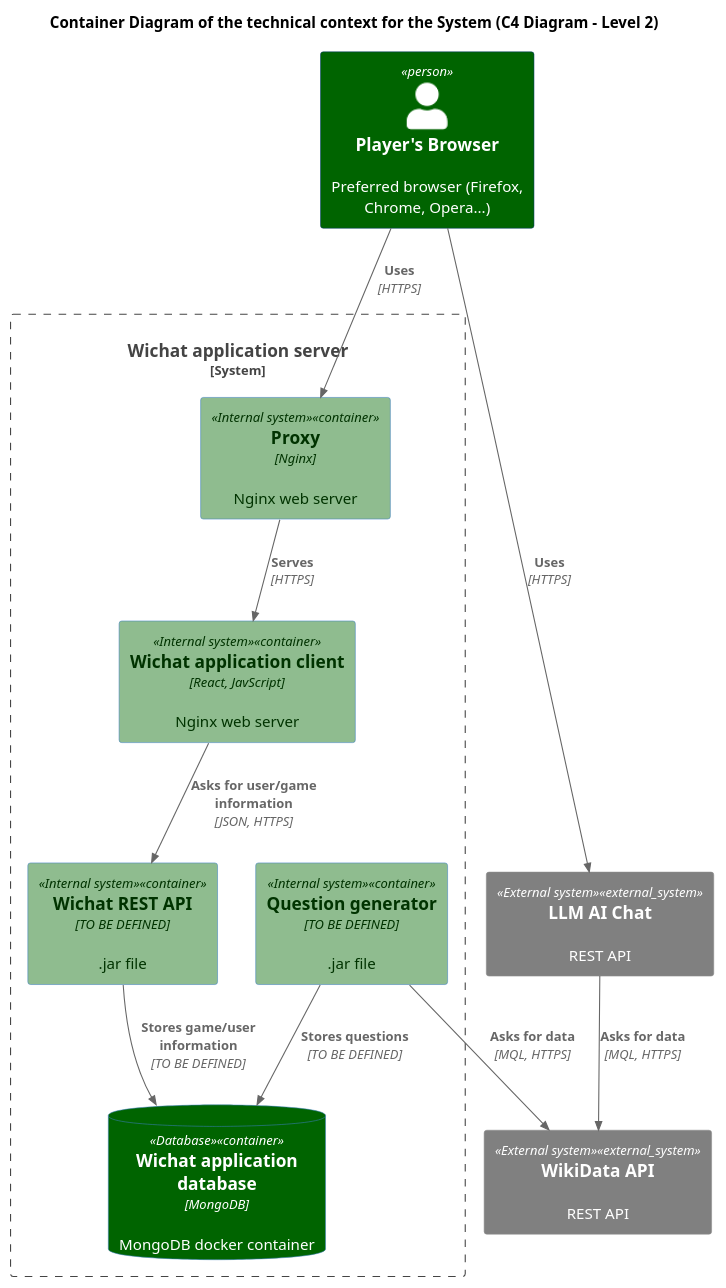
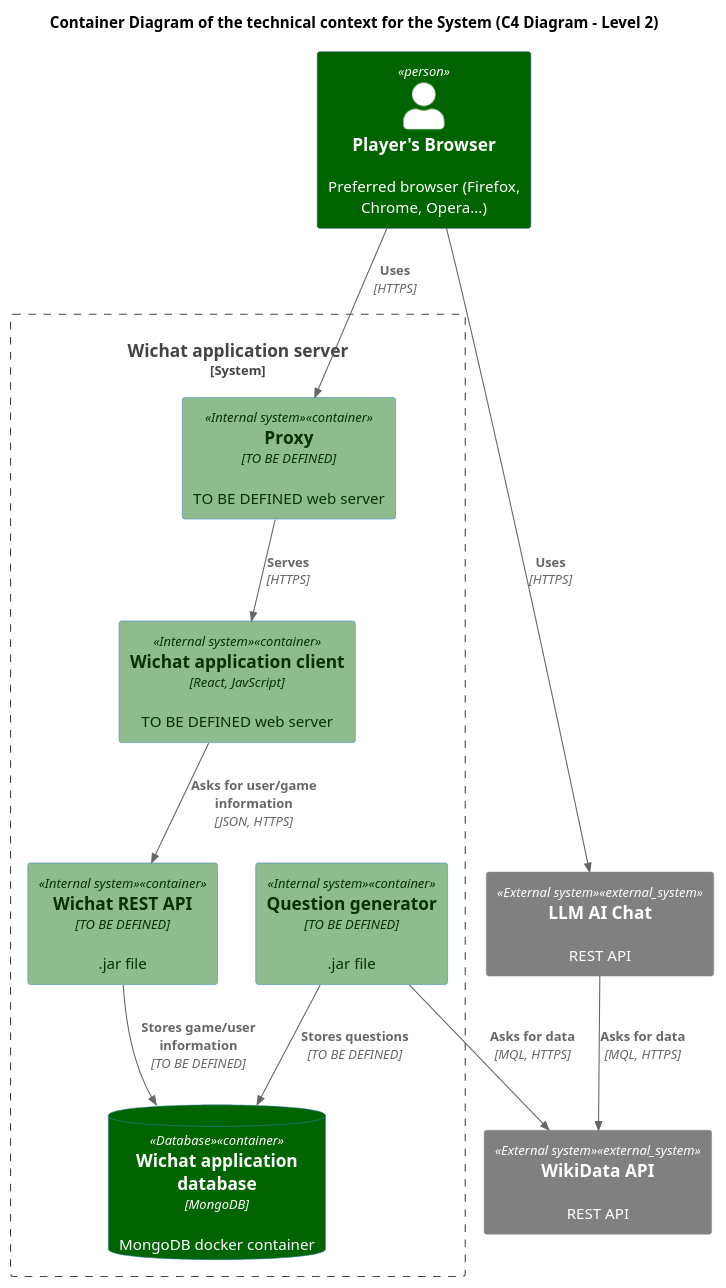
Before and after one commit to Arquisoft/wichat_en1a: the diagram in docs/src/diagrams/C4_technical_context_diagram.puml, drawn with PlantUML. The commit also changed 2 other files, not shown here.

Commit message:
Modyfing the context and scope section. Fixes applied to the first diagram (it was showing an error) and modified some text in the second diagram.

```diff
--- a/docs/src/diagrams/C4_technical_context_diagram.puml
+++ b/docs/src/diagrams/C4_technical_context_diagram.puml
@@ -1,33 +1,33 @@
 @startuml C4_Technical_Context_Diagram
 !includeurl https://raw.githubusercontent.com/RicardoNiepel/C4-PlantUML/master/C4_Container.puml
 !include <c4/C4_Context.puml>
 
 title Container Diagram of the technical context for the System (C4 Diagram - Level 2)
 AddElementTag("Person", $bgColor="#darkgreen", $fontColor="#white")
 AddElementTag("Internal system", $bgColor="#darkseagreen", $fontColor="#003300")
 AddElementTag("External system", $bgColor="#gray", $fontColor="#white")
 AddElementTag("Database", $bgColor="#darkgreen", $fontColor="#white")
 
 'Containers
 Person(player, Player's Browser, "Preferred browser (Firefox, Chrome, Opera...)")
 
 System_Boundary(wichat, "Wichat application server"){
-    Container(proxy, "Proxy", "Nginx", "Nginx web server", $tags="Internal system")
-    Container(web_app, "Wichat application client", "React, JavScript", "Nginx web server", $tags="Internal system")
+    Container(proxy, "Proxy", "TO BE DEFINED", "TO BE DEFINED web server", $tags="Internal system")
+    Container(web_app, "Wichat application client", "React, JavScript", "TO BE DEFINED web server", $tags="Internal system")
     Container(backend_api, "Wichat REST API", "TO BE DEFINED", ".jar file", $tags="Internal system")
     Container(question_generator, "Question generator", "TO BE DEFINED", ".jar file", $tags="Internal system")
     ContainerDb(database, "Wichat application database", "MongoDB", "MongoDB docker container", $tags="Database")
 }
 System_Ext(wikidata, "WikiData API", "REST API", $tags="External system")
 System_Ext(llm, "LLM AI Chat", "REST API", $tags="External system")
 
 'RELATIONS
 Rel(player, proxy, "Uses", "HTTPS")
 Rel(player, llm, "Uses", "HTTPS")
 Rel(proxy, web_app, "Serves", "HTTPS")
 Rel(question_generator, wikidata, "Asks for data", "MQL, HTTPS")
 Rel(llm, wikidata, "Asks for data", "MQL, HTTPS")
 Rel(web_app, backend_api, "Asks for user/game information", "JSON, HTTPS")
 Rel(question_generator, database, "Stores questions", "TO BE DEFINED")
 Rel(backend_api, database, "Stores game/user information", "TO BE DEFINED")
 @enduml
```
